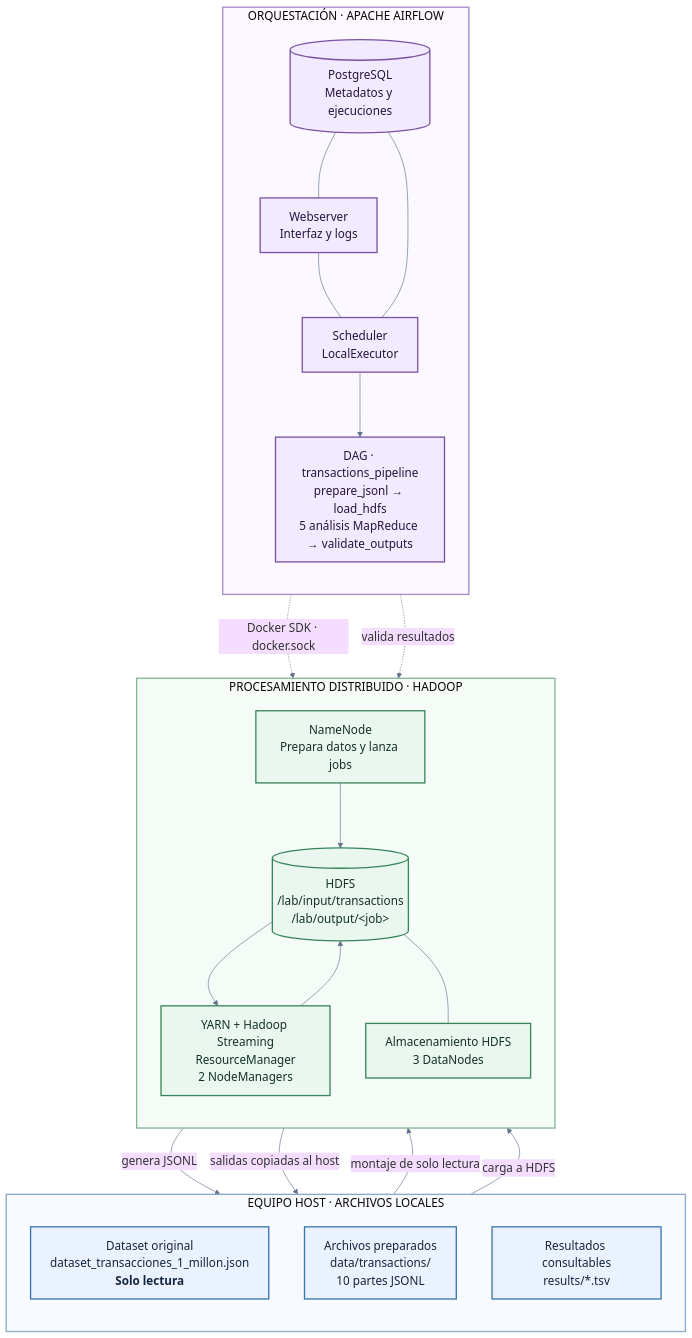
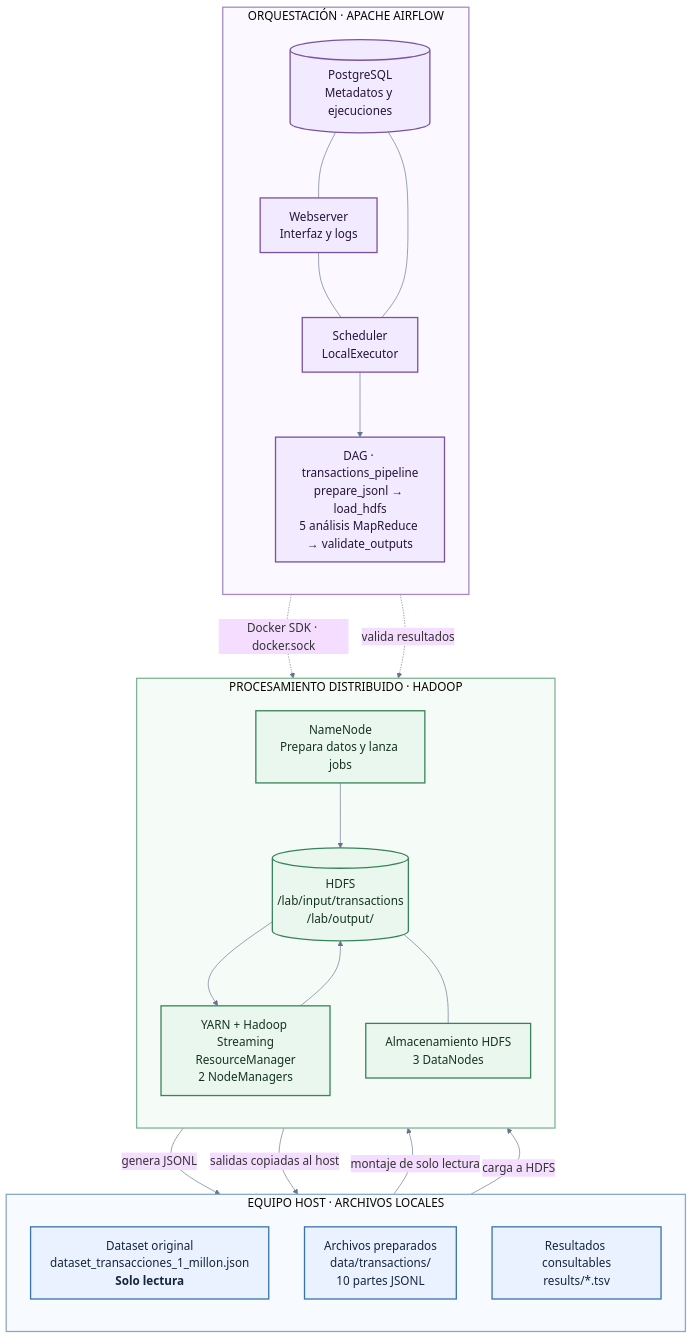
Before and after one commit to miguelherrerasantanilla800-wq/PROYECTO-HDFS-MAPREDUCE-LAB: the diagram in README.md, drawn with Mermaid. The commit also changed other lines of this file and 15 other files, not shown here.

````diff
--- a/README.md
+++ b/README.md
@@ -8,51 +8,51 @@
 ```mermaid
 %%{init: {"theme":"base","themeVariables":{"fontSize":"18px","fontFamily":"Arial","lineColor":"#64748b"},"flowchart":{"htmlLabels":true,"nodeSpacing":55,"rankSpacing":75,"curve":"basis"}}}%%
 flowchart TB
     subgraph HOST["EQUIPO HOST · ARCHIVOS LOCALES"]
         direction TB
         JSON["Dataset original<br/>dataset_transacciones_1_millon.json<br/><b>Solo lectura</b>"]
         PARTS["Archivos preparados<br/>data/transactions/<br/>10 partes JSONL"]
         TSV["Resultados consultables<br/>results/*.tsv"]
     end
 
     subgraph AIRFLOW["ORQUESTACIÓN · APACHE AIRFLOW"]
         direction TB
         UI["Webserver<br/>Interfaz y logs"]
         SCHED["Scheduler<br/>LocalExecutor"]
         DAG["DAG · transactions_pipeline<br/>prepare_jsonl → load_hdfs<br/>5 análisis MapReduce → validate_outputs"]
         META[("PostgreSQL<br/>Metadatos y ejecuciones")]
         UI --- SCHED
         SCHED --> DAG
         META --- UI
         META --- SCHED
     end
 
     subgraph HADOOP["PROCESAMIENTO DISTRIBUIDO · HADOOP"]
         direction TB
         NN["NameNode<br/>Prepara datos y lanza jobs"]
-        HDFS[("HDFS<br/>/lab/input/transactions<br/>/lab/output/&lt;job&gt;")]
+        HDFS[("HDFS<br/>/lab/input/transactions<br/>/lab/output/<job>")]
         YARN["YARN + Hadoop Streaming<br/>ResourceManager<br/>2 NodeManagers"]
         DN["Almacenamiento HDFS<br/>3 DataNodes"]
         NN --> HDFS
         HDFS --> YARN
         YARN --> HDFS
         HDFS --- DN
     end
 
     JSON -->|"montaje de solo lectura"| NN
     DAG -. "Docker SDK · docker.sock" .-> NN
     NN -->|"genera JSONL"| PARTS
     PARTS -->|"carga a HDFS"| HDFS
     HDFS -->|"salidas copiadas al host"| TSV
     DAG -. "valida resultados" .-> NN
 
     classDef data fill:#eaf2ff,stroke:#3973ac,stroke-width:2px,color:#14263d
     classDef orchestration fill:#f2eaff,stroke:#7952a3,stroke-width:2px,color:#26153d
     classDef compute fill:#e9f7ef,stroke:#37845a,stroke-width:2px,color:#153321
     class JSON,PARTS,TSV data
     class UI,SCHED,DAG,META orchestration
     class NN,HDFS,YARN,DN compute
     style HOST fill:#f7faff,stroke:#8ba9ca,stroke-width:2px
     style AIRFLOW fill:#fbf8ff,stroke:#a78ac7,stroke-width:2px
     style HADOOP fill:#f5fbf7,stroke:#80b596,stroke-width:2px
 ```
````
